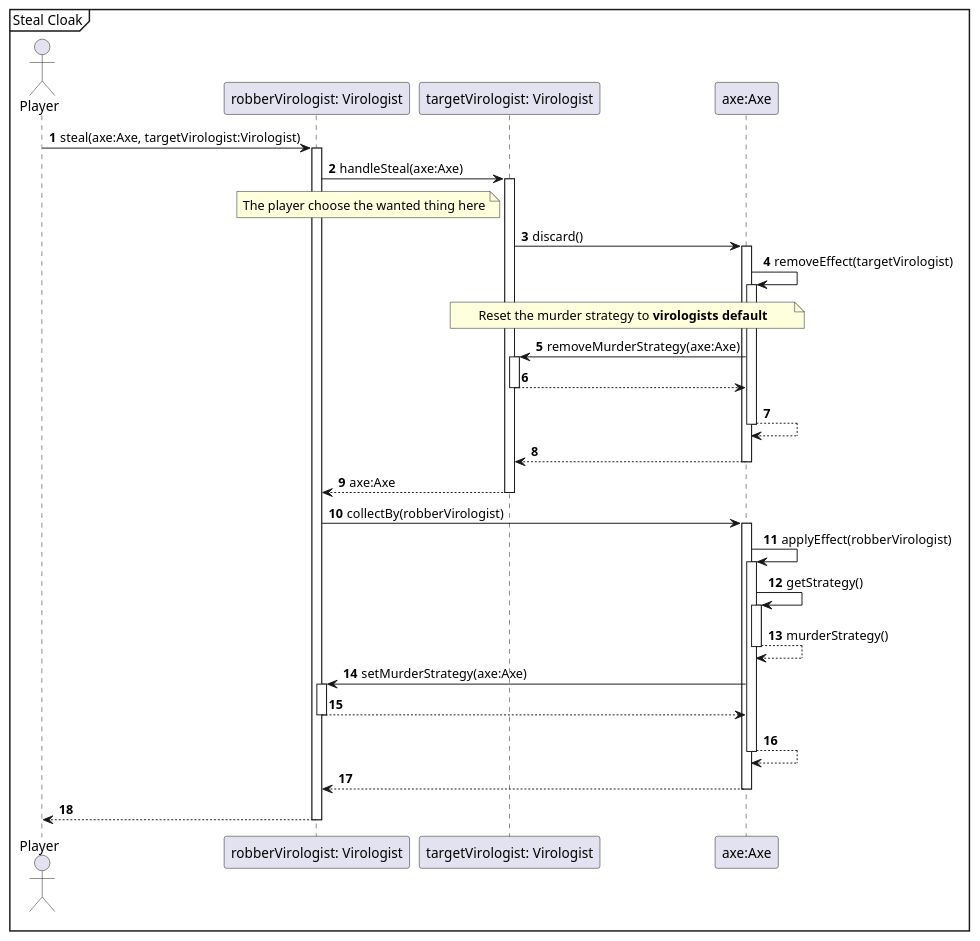
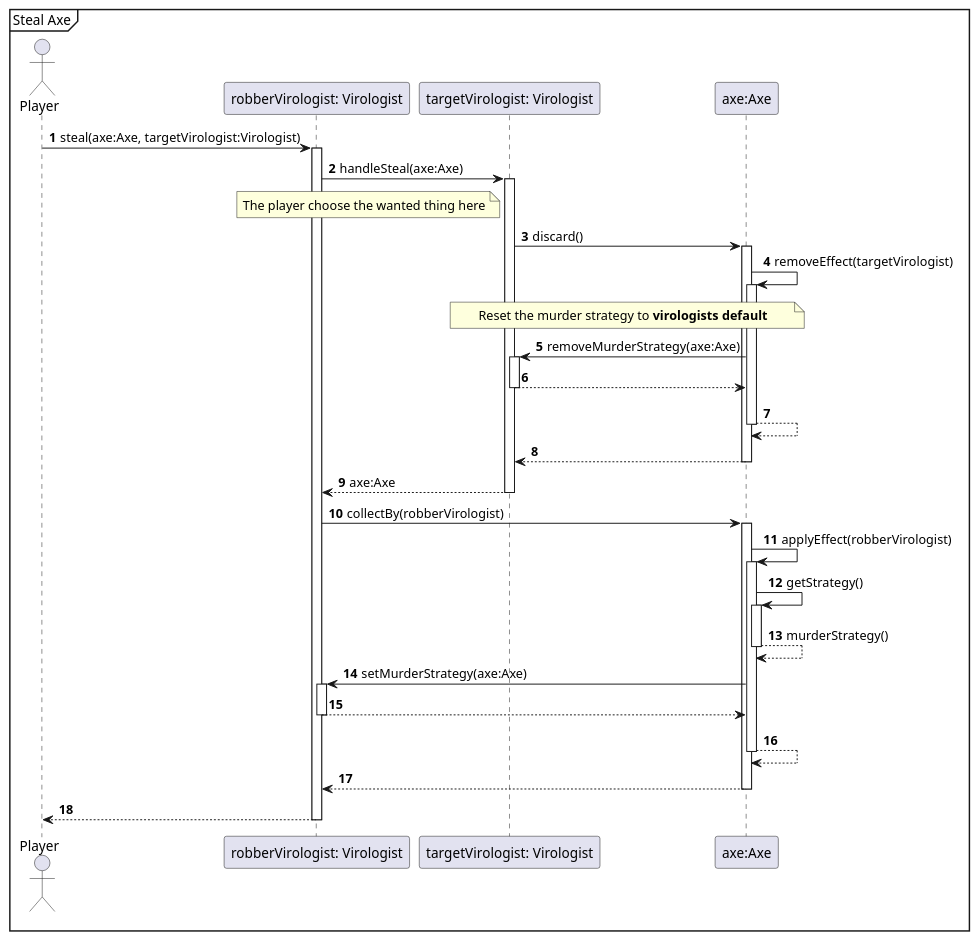
Before and after one commit to Projlab-csb/projlab-virologus: the diagram in Modification_1/mod_1-seq-diagrams/StealAxe.puml, drawn with PlantUML. The commit also changed 4 other files, not shown here.

```diff
--- a/Modification_1/mod_1-seq-diagrams/StealAxe.puml
+++ b/Modification_1/mod_1-seq-diagrams/StealAxe.puml
@@ -1,50 +1,50 @@
 @startuml
 'https://plantuml.com/sequence-diagram
 autonumber
 
-mainframe Steal Cloak
+mainframe Steal Axe
 
 actor Player
 
 Player -> "robberVirologist: Virologist"++: steal(axe:Axe, targetVirologist:Virologist)
 
 "robberVirologist: Virologist" ->  "targetVirologist: Virologist"++: handleSteal(axe:Axe)
 
 
         note left  "targetVirologist: Virologist"
             The player choose the wanted thing here
         end note
 
          "targetVirologist: Virologist"->"axe:Axe"++:discard()
                    "axe:Axe" -> "axe:Axe"++ : removeEffect(targetVirologist)
                     note over  "targetVirologist: Virologist", "axe:Axe"
                     Reset the murder strategy to **virologists default**
                      end note
 
                     "axe:Axe" ->  "targetVirologist: Virologist"++: removeMurderStrategy(axe:Axe)
                     "targetVirologist: Virologist" --> "axe:Axe"--
 
                     "axe:Axe"-->  "axe:Axe"--
 
                     "axe:Axe"--> "targetVirologist: Virologist"--
 
      "targetVirologist: Virologist" -->"robberVirologist: Virologist"--: axe:Axe
   "robberVirologist: Virologist" -> "axe:Axe": collectBy(robberVirologist)
     Activate "axe:Axe"
 
      "axe:Axe" -> "axe:Axe"++ : applyEffect(robberVirologist)
 
        "axe:Axe" -> "axe:Axe"++ : getStrategy()
        "axe:Axe" --> "axe:Axe"-- : murderStrategy()
 
        "axe:Axe" -> "robberVirologist: Virologist"++: setMurderStrategy(axe:Axe)
        "robberVirologist: Virologist" --> "axe:Axe"--
 
        "axe:Axe" --> "axe:Axe"--
 
     "axe:Axe" --> "robberVirologist: Virologist":
     Deactivate "axe:Axe"
 
 
 "robberVirologist: Virologist" --> Player --
 @enduml
```
